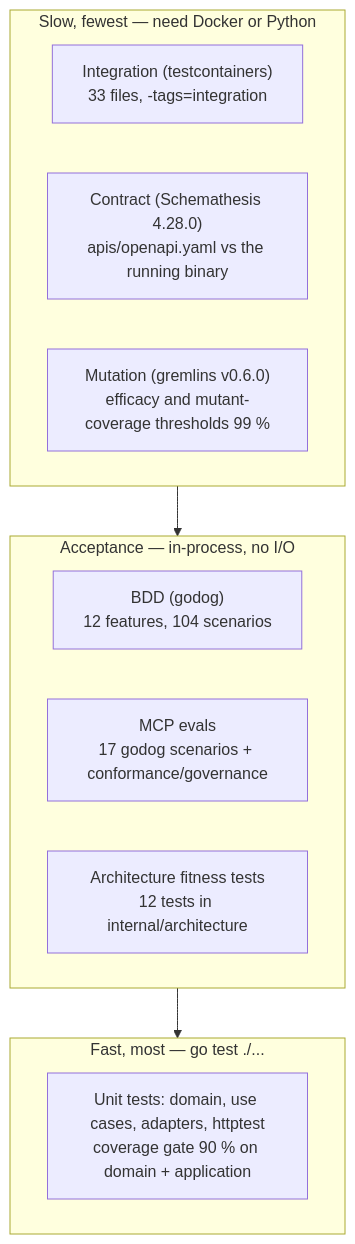
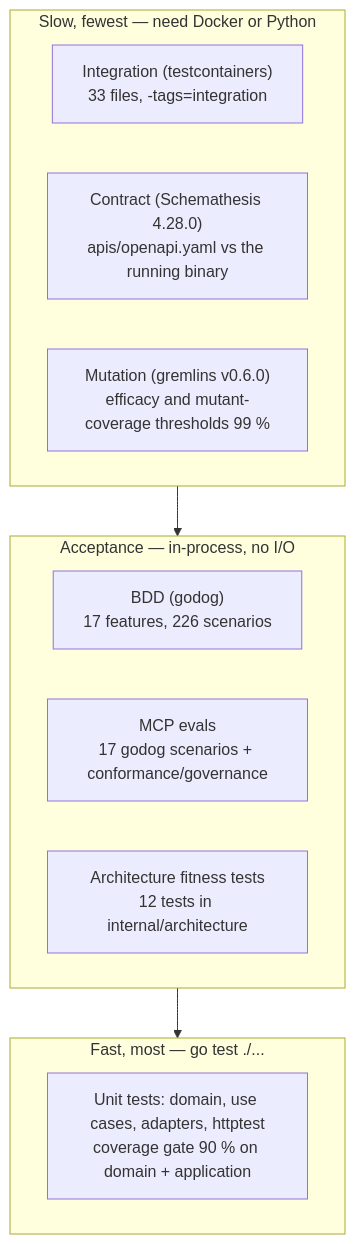
One commit to IQVO/wes-work-planning changed the diagram in docs/docs/development/testing.md. Above: the diagram before and after it, drawn with Mermaid. The commit also changed other lines of this file and 3 other files, not shown here.

````diff
--- a/docs/docs/development/testing.md
+++ b/docs/docs/development/testing.md
@@ -13,17 +13,17 @@
 ```mermaid
 flowchart TB
     subgraph slow["Slow, fewest — need Docker or Python"]
         INT["Integration (testcontainers)<br/>33 files, -tags=integration"]
         CON["Contract (Schemathesis 4.28.0)<br/>apis/openapi.yaml vs the running binary"]
         MUT["Mutation (gremlins v0.6.0)<br/>efficacy and mutant-coverage thresholds 99 %"]
     end
     subgraph mid["Acceptance — in-process, no I/O"]
-        BDD["BDD (godog)<br/>12 features, 104 scenarios"]
+        BDD["BDD (godog)<br/>17 features, 226 scenarios"]
         EVAL["MCP evals<br/>17 godog scenarios + conformance/governance"]
         ARCH["Architecture fitness tests<br/>12 tests in internal/architecture"]
     end
     subgraph fast["Fast, most — go test ./..."]
         UNIT["Unit tests: domain, use cases, adapters, httptest<br/>coverage gate 90 % on domain + application"]
     end
     slow --> mid --> fast
 ```
````
